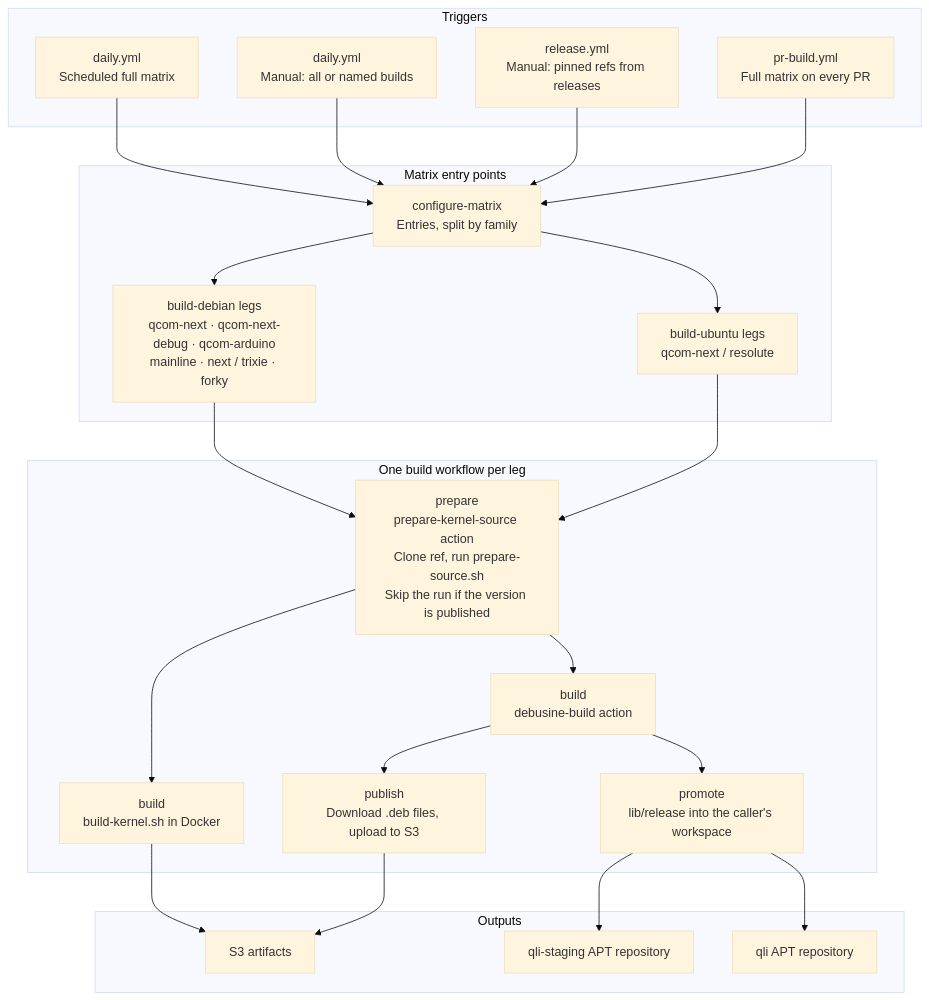
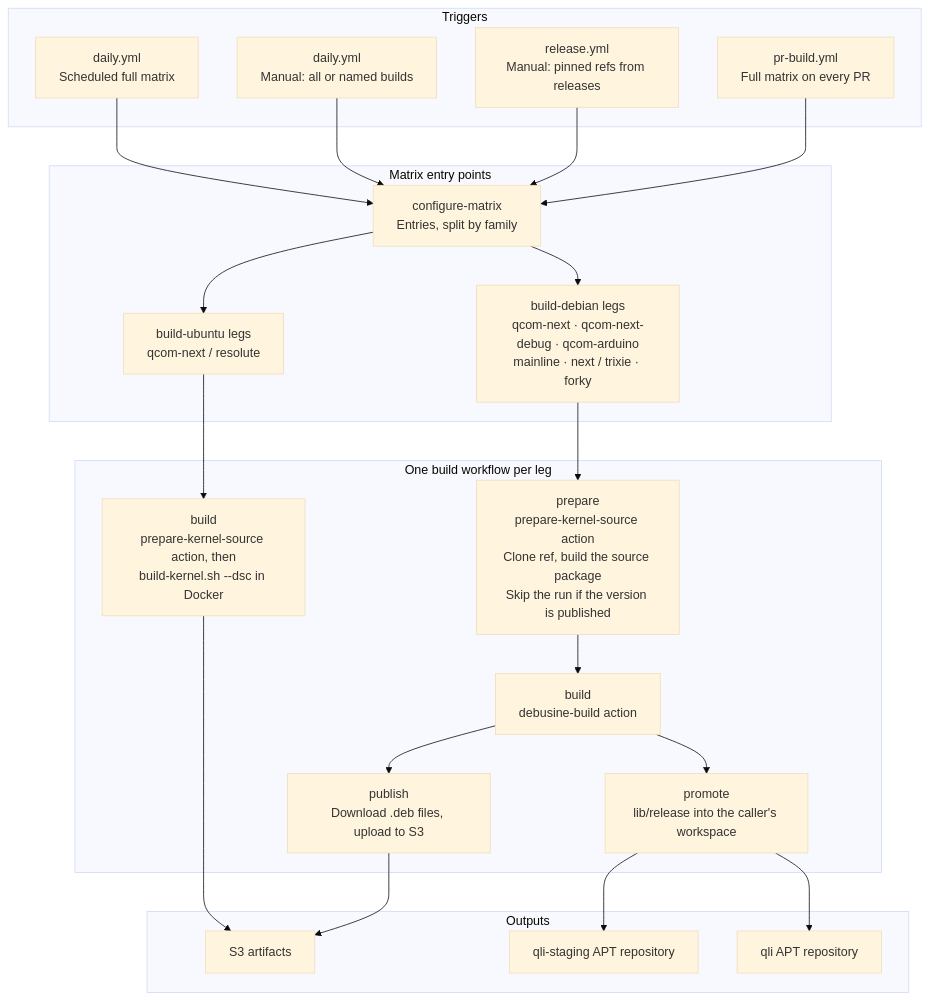
One commit to qualcomm-linux/pkg-linux-qcom changed the second of 5 diagrams in README.md. Above: the diagram before and after it, drawn with Mermaid (base theme). The commit also changed 1 other file, not shown here.

Commit message:
ci: build the Ubuntu leg in one job
The prepare job and the build job ran on the same runner label, so the
only thing the artifact between them did was cross a job boundary that
had no other reason to exist: uploaded by one ephemeral runner to be
downloaded by the next. One job now clones, prepares, builds the source
package and builds the binaries from it in place. The action still
uploads the .changes set, as the record of what was built, but nothing
downloads it.

The build job's own image-fetch step goes with it. It repeated the
action's pull-or-build decision for one suite; the action makes that
decision for every suite before prepare-source.sh runs, and leaves the
docker-pkg-build checkout where build-kernel.sh looks for it when it had
to build the image.

````diff
--- a/README.md
+++ b/README.md
@@ -362,42 +362,42 @@
 ```mermaid
 flowchart TD
     subgraph triggers[Triggers]
         A1["daily.yml\nScheduled full matrix"]
         A2["daily.yml\nManual: all or named builds"]
         A3["release.yml\nManual: pinned refs from releases"]
         A5["pr-build.yml\nFull matrix on every PR"]
     end
 
     subgraph matrix[Matrix entry points]
         B1["configure-matrix\nEntries, split by family"]
         B2["build-debian legs\nqcom-next · qcom-next-debug · qcom-arduino\nmainline · next / trixie · forky"]
         B5["build-ubuntu legs\nqcom-next / resolute"]
     end
 
     subgraph build[One build workflow per leg]
-        C2["prepare\nprepare-kernel-source action\nClone ref, run prepare-source.sh\nSkip the run if the version is published"]
+        C2["prepare\nprepare-kernel-source action\nClone ref, build the source package\nSkip the run if the version is published"]
         C3["build\ndebusine-build action"]
-        C4["build\nbuild-kernel.sh in Docker"]
+        C4["build\nprepare-kernel-source action, then\nbuild-kernel.sh --dsc in Docker"]
         C5["publish\nDownload .deb files, upload to S3"]
         C6["promote\nlib/release into the caller's workspace"]
     end
 
     subgraph outputs[Outputs]
         D1["S3 artifacts"]
         D3["qli-staging APT repository"]
         D4["qli APT repository"]
     end
 
     A1 --> B1
     A2 --> B1
     A3 --> B1
     A5 --> B1
     B1 --> B2 & B5
     B2 --> C2
-    B5 --> C2
-    C2 --> C3 & C4
+    B5 --> C4
+    C2 --> C3
     C3 --> C5 & C6
     C4 --> D1
     C5 --> D1
     C6 --> D3 & D4
 ```
````
